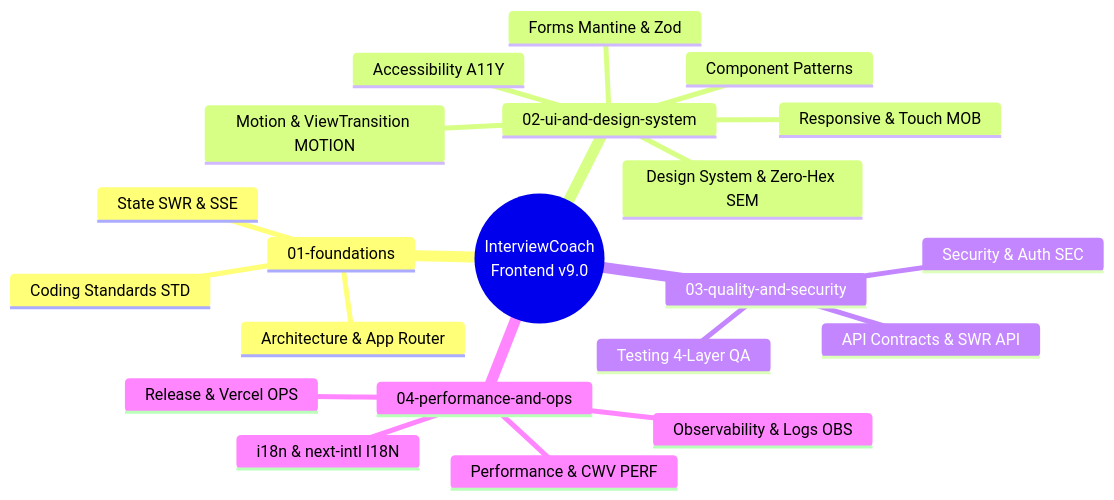
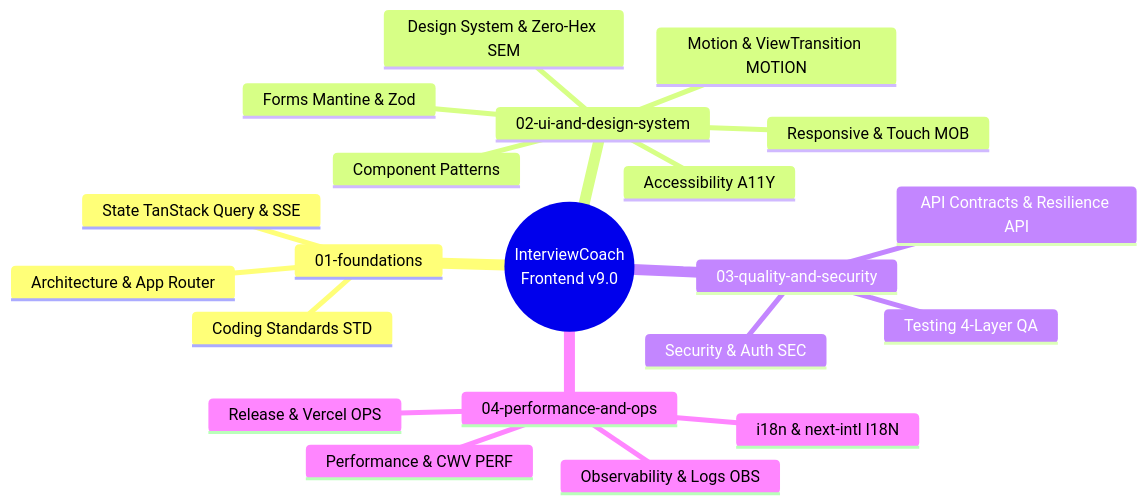
The first of 2 diagrams in client/docs/docs/README.md (lethanhan01/interview-coach), drawn with Mermaid before and after one commit. The commit also changed other lines of this file and 18 other files, not shown here.

````diff
--- a/client/docs/docs/README.md
+++ b/client/docs/docs/README.md
@@ -37,24 +37,24 @@
 ```mermaid
 mindmap
   root((InterviewCoach<br/>Frontend v9.0))
     01-foundations
       Architecture & App Router
       Coding Standards STD
-      State SWR & SSE
+      State TanStack Query & SSE
     02-ui-and-design-system
       Component Patterns
       Forms Mantine & Zod
       Design System & Zero-Hex SEM
       Accessibility A11Y
       Motion & ViewTransition MOTION
       Responsive & Touch MOB
     03-quality-and-security
       Testing 4-Layer QA
-      API Contracts & SWR API
+      API Contracts & Resilience API
       Security & Auth SEC
     04-performance-and-ops
       Performance & CWV PERF
       Observability & Logs OBS
       i18n & next-intl I18N
       Release & Vercel OPS
 ```
````
